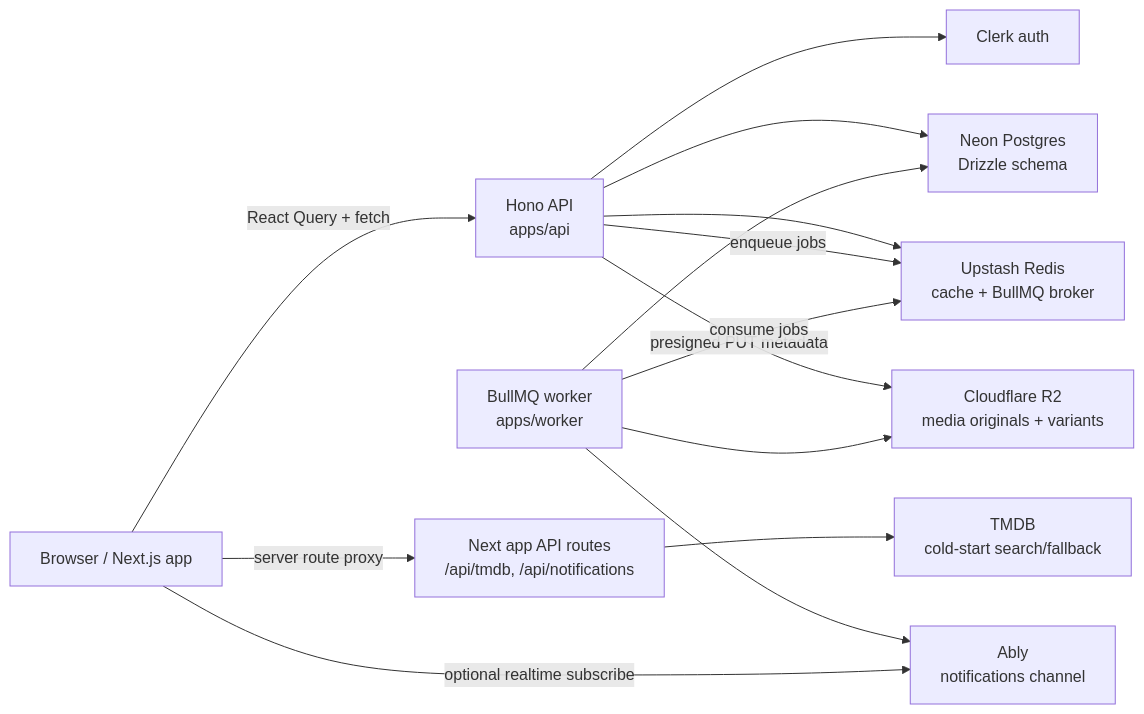
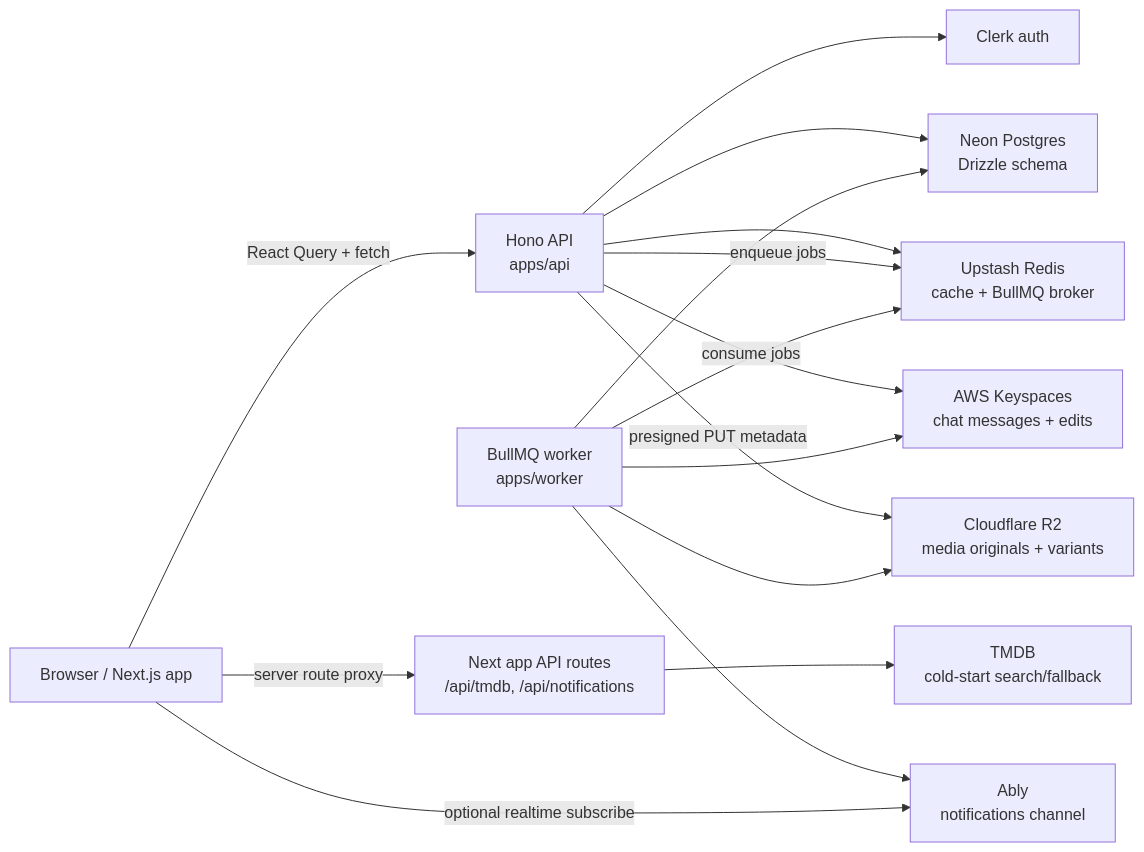
Before and after one commit to srithan/35mm_platform: the first of 2 diagrams in codebase-analysis-docs/CODEBASE_KNOWLEDGE.md, drawn with Mermaid. The commit also changed other lines of this file and 95 other files, not shown here.

````diff
--- a/codebase-analysis-docs/CODEBASE_KNOWLEDGE.md
+++ b/codebase-analysis-docs/CODEBASE_KNOWLEDGE.md
@@ -28,27 +28,30 @@
 ```mermaid
 flowchart LR
   Browser["Browser / Next.js app"]
   NextApi["Next app API routes\n/api/tmdb, /api/notifications"]
   Hono["Hono API\napps/api"]
   Clerk["Clerk auth"]
   Neon["Neon Postgres\nDrizzle schema"]
   Redis["Upstash Redis\ncache + BullMQ broker"]
+  Keyspaces["AWS Keyspaces\nchat messages + edits"]
   Worker["BullMQ worker\napps/worker"]
   R2["Cloudflare R2\nmedia originals + variants"]
   Ably["Ably\nnotifications channel"]
   TMDB["TMDB\ncold-start search/fallback"]
 
   Browser -->|React Query + fetch| Hono
   Browser -->|server route proxy| NextApi
   NextApi --> TMDB
   Hono --> Clerk
   Hono --> Neon
   Hono --> Redis
+  Hono --> Keyspaces
   Hono -->|presigned PUT metadata| R2
   Hono -->|enqueue jobs| Redis
   Worker -->|consume jobs| Redis
   Worker --> Neon
+  Worker --> Keyspaces
   Worker --> R2
   Worker --> Ably
   Browser -->|optional realtime subscribe| Ably
 ```
````
